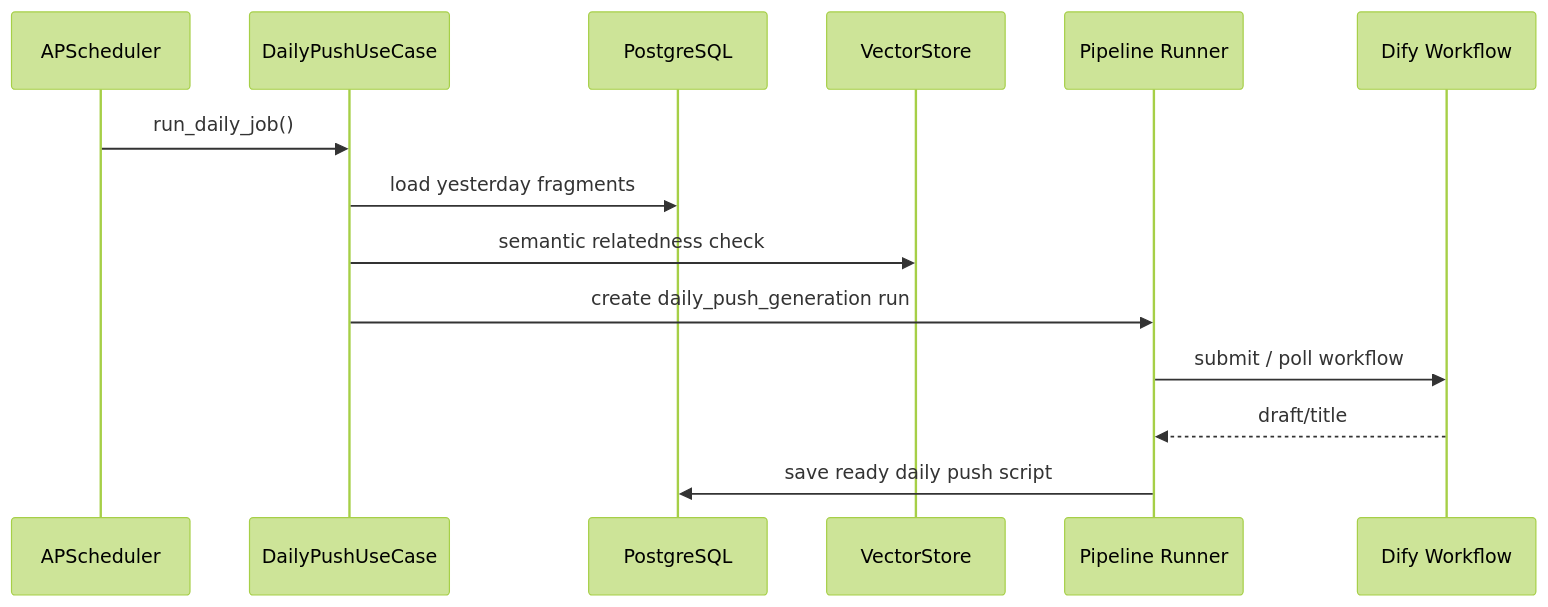
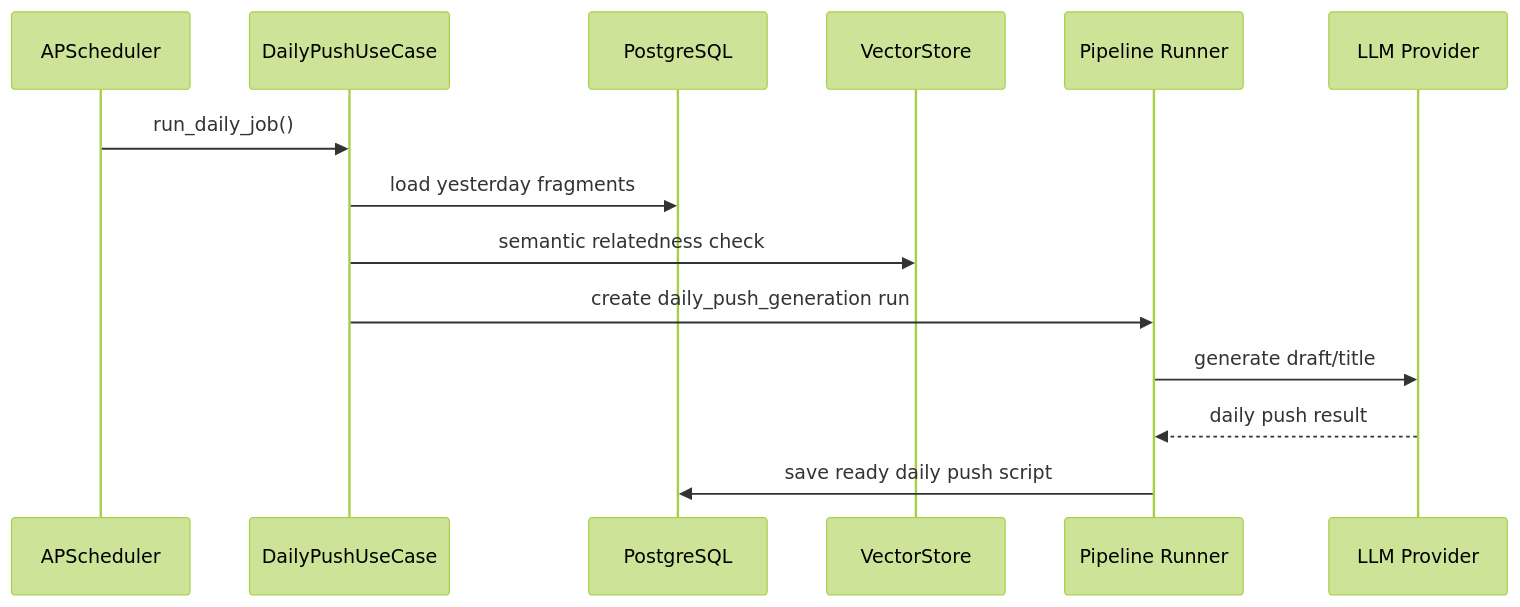
One commit to YCZA2/SparkFlow changed the ninth of 9 diagrams in memory-bank/architecture.md. Above: the diagram before and after it, drawn with Mermaid (forest theme). The commit also changed other lines of this file and 19 other files, not shown here.

Commit message:
Unify script generation and remove legacy mode flow

````diff
--- a/memory-bank/architecture.md
+++ b/memory-bank/architecture.md
@@ -483,17 +477,17 @@
 ```mermaid
 sequenceDiagram
     participant Scheduler as APScheduler
     participant UseCase as DailyPushUseCase
     participant DB as PostgreSQL
     participant VDB as VectorStore
     participant PIPE as Pipeline Runner
-    participant Dify as Dify Workflow
+    participant LLM as LLM Provider
 
     Scheduler->>UseCase: run_daily_job()
     UseCase->>DB: load yesterday fragments
     UseCase->>VDB: semantic relatedness check
     UseCase->>PIPE: create daily_push_generation run
-    PIPE->>Dify: submit / poll workflow
-    Dify-->>PIPE: draft/title
+    PIPE->>LLM: generate draft/title
+    LLM-->>PIPE: daily push result
     PIPE->>DB: save ready daily push script
 ```
````
